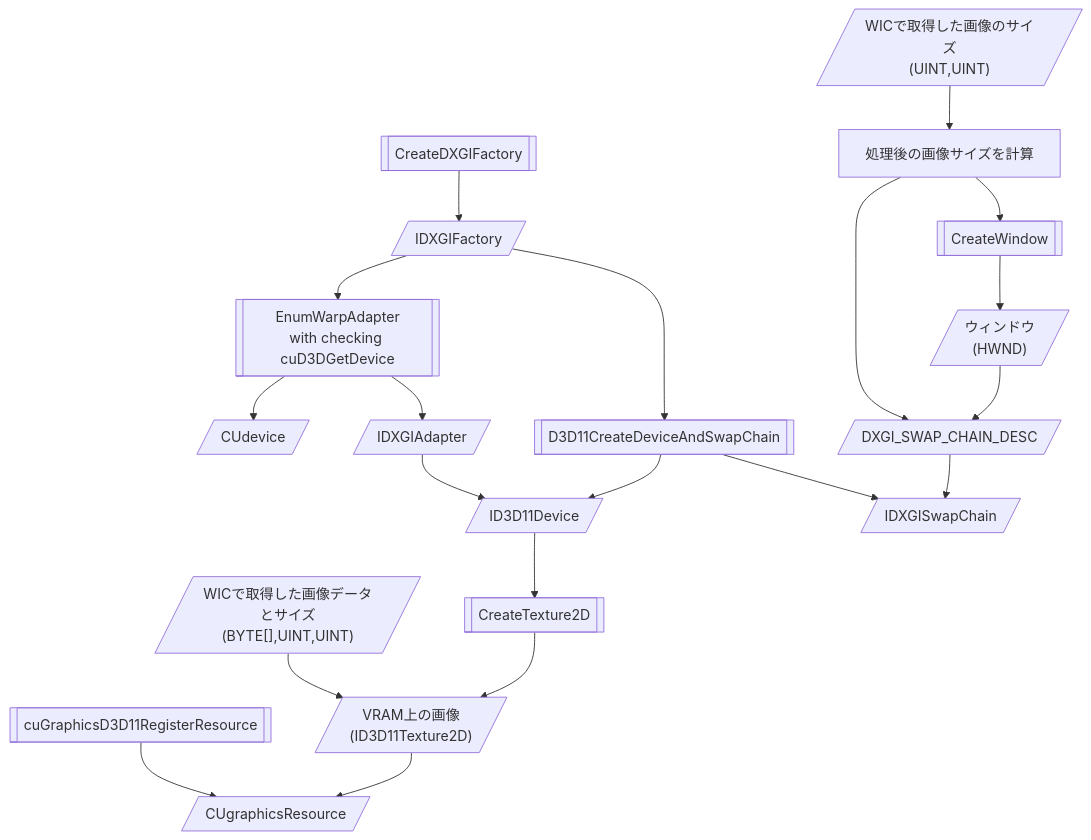
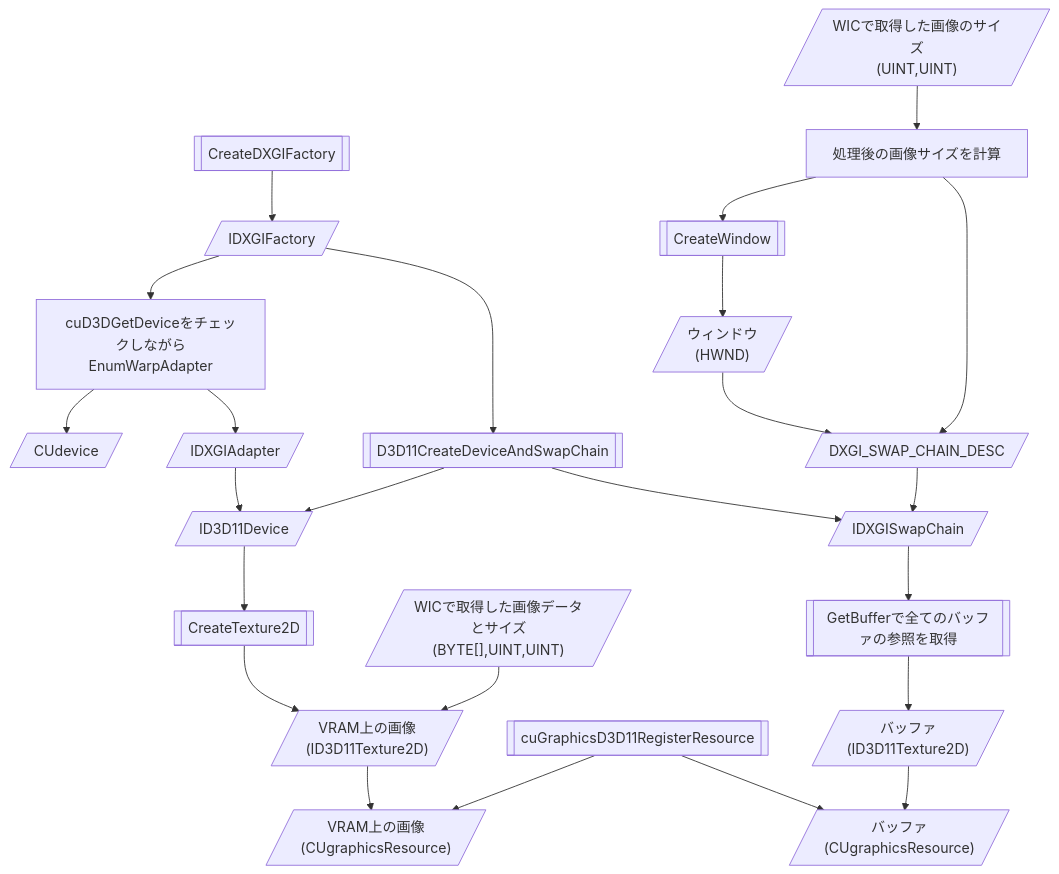
One commit to t3HyperParallel/ReportGPGPU changed the third of 5 diagrams in README.md. Above: the diagram before and after it, drawn with Mermaid. The commit also changed other lines of this file, not shown here.

````diff
--- a/README.md
+++ b/README.md
@@ -56,18 +58,21 @@
 ```mermaid
-flowchart TD
+graph TD
   CreateDXGIFactory[[CreateDXGIFactory]]-->IDXGIFactory[/"IDXGIFactory"/]
   
-  IDXGIFactory-->EnumWarpAdapter[[EnumWarpAdapter<br/>with checking cuD3DGetDevice]]-->CUdevice[/"CUdevice"/] & IDXGIAdapter[/"IDXGIAdapter"/]
+  IDXGIFactory-->EnumWarpAdapter["cuD3DGetDeviceをチェックしながら<br/>EnumWarpAdapter"]-->CUdevice[/"CUdevice"/] & IDXGIAdapter[/"IDXGIAdapter"/]
   IDXGIAdapter-->ID3D11Device
   
   IDXGIFactory-->D3D11CreateDeviceAndSwapChain[[D3D11CreateDeviceAndSwapChain]]-->ID3D11Device[/"ID3D11Device"/] & IDXGISwapChain[/"IDXGISwapChain"/]
   
   imageSize[/"WICで取得した画像のサイズ<br/>(UINT,UINT)"/]-->calcImageSize["処理後の画像サイズを計算"]
   calcImageSize-->CreateWindow[["CreateWindow"]]-->HWND[/"ウィンドウ<br/>(HWND)"/]
   calcImageSize & HWND-->DXGI_SWAP_CHAIN_DESC[/"DXGI_SWAP_CHAIN_DESC"/]-->IDXGISwapChain
   
   ID3D11Device[/"ID3D11Device"/]-->ID3D11Device.CreateTexture2D[["CreateTexture2D"]]
   rawImage[/"WICで取得した画像データとサイズ<br/>(BYTE[],UINT,UINT)"/]
   rawImage & ID3D11Device.CreateTexture2D-->ID3D11Texture2D[/"VRAM上の画像<br/>(ID3D11Texture2D)"/]
-  cuGraphicsD3D11RegisterResource[["cuGraphicsD3D11RegisterResource"]] & ID3D11Texture2D-->CUgraphicsResource[/"CUgraphicsResource"/]
+  ID3D11Texture2D & cuGraphicsD3D11RegisterResource[["cuGraphicsD3D11RegisterResource"]]-->sourceCUgraphicsResource[/"VRAM上の画像<br/>(CUgraphicsResource)"/]
+  
+  IDXGISwapChain-->IDXGISwapChain.GetBuffer[["GetBufferで全てのバッファの参照を取得"]]-->buffers[/"バッファ<br/>(ID3D11Texture2D)"/]
+  cuGraphicsD3D11RegisterResource & buffers-->targetCUgraphicsResource[/"バッファ<br/>(CUgraphicsResource)"/]
 ```
````
